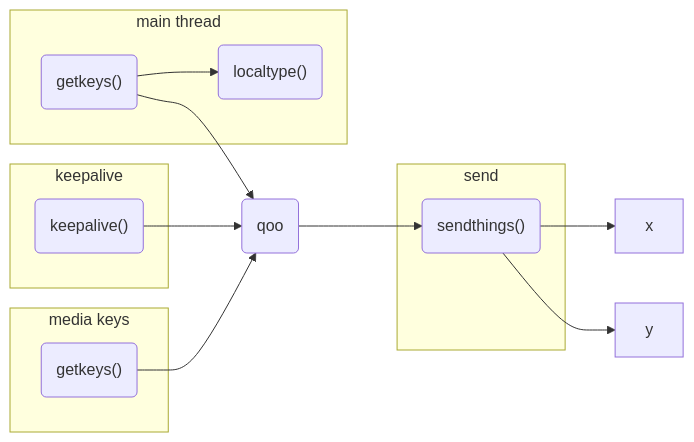
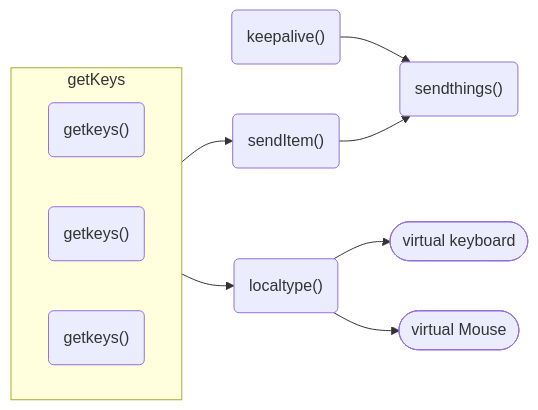
The first of 2 diagrams in README.md (pxp888/keeb), drawn with Mermaid before and after one commit. The commit also changed other lines of this file and 1 other file, not shown here.

````diff
--- a/README.md
+++ b/README.md
@@ -25,34 +18,28 @@
 ```mermaid
 graph LR
 
-gk("getkeys()")
+gk1("getkeys()")
+gk2("getkeys()")
+gk3("getkeys()")
+
 ka("keepalive()")
-qoo(qoo)
+
+si("sendItem()")
 st("sendthings()")
 lt("localtype()")
 
+ui([virtual keyboard])
+mi([virtual Mouse])
 
-gk & ka --> qoo --> st
-gk --> lt
-st --> x & y
-
-subgraph "main thread"
-    gk
-    lt
+subgraph getKeys
+    direction LR
+    gk1
+    gk2
+    gk3
 end
 
-subgraph "keepalive"
-    ka
-end
-
-subgraph "send"
-    st
-end
-
-subgraph "media keys"
-    gk2("getkeys()")
-end
-gk2 --> qoo
-
-
+ka --> st
+getKeys --> si & lt
+si --> st
+lt --> ui & mi
 ```
````
